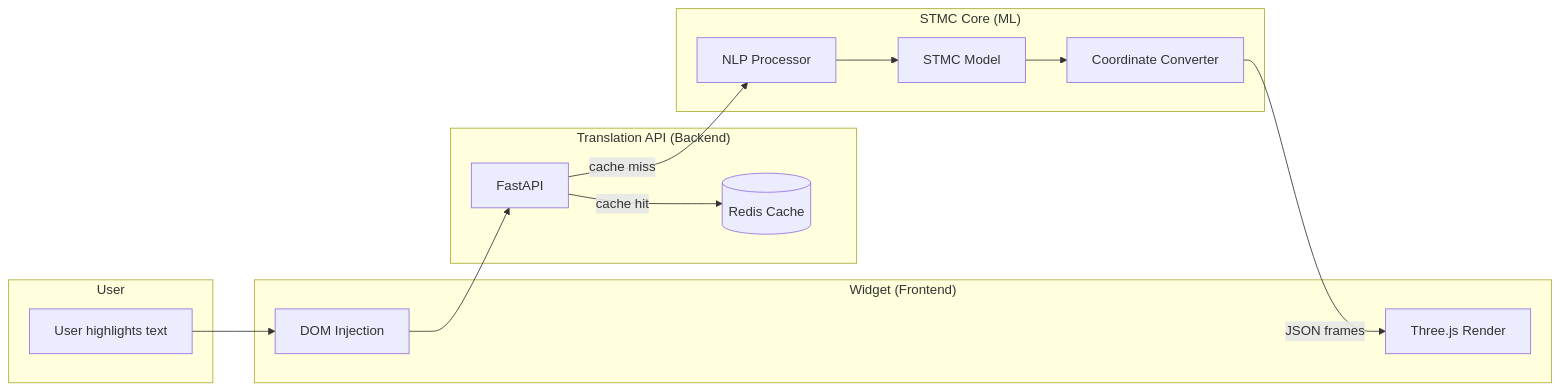
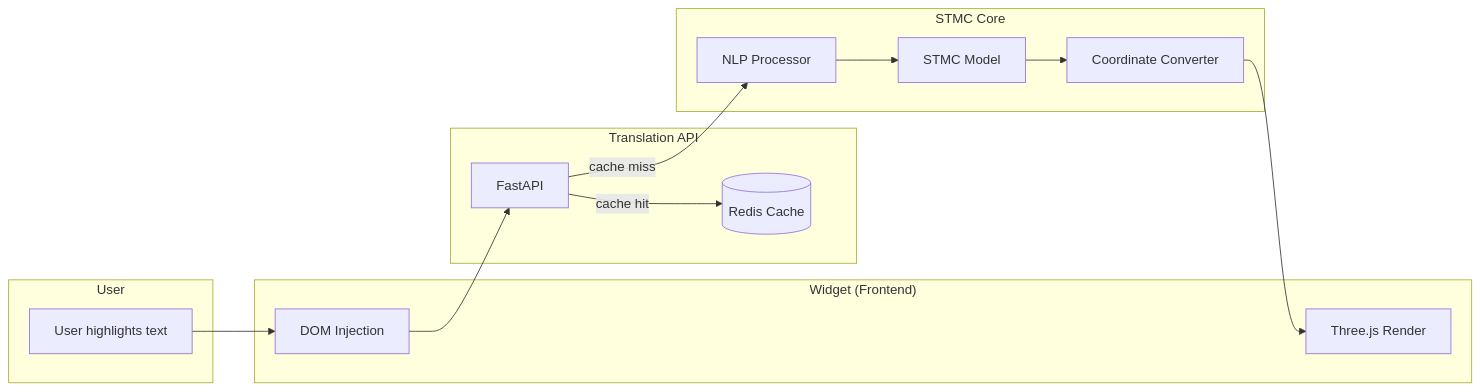
The first of 2 diagrams in README.md (arananet/SignFlow), drawn with Mermaid before and after one commit. The commit also changed other lines of this file, not shown here.

Commit message:
Fix mermaid diagrams - proper closing backticks

````diff
--- a/README.md
+++ b/README.md
@@ -55,29 +55,29 @@
 ```mermaid
 flowchart LR
     subgraph User
         Text[User highlights text]
     end
     
     subgraph Widget["Widget (Frontend)"]
         DOM[DOM Injection]
         Three[Three.js Render]
     end
     
-    subgraph API["Translation API (Backend)"]
+    subgraph API["Translation API"]
         Fast[FastAPI]
         Redis[(Redis Cache)]
     end
     
-    subgraph ML["STMC Core (ML)"]
+    subgraph ML["STMC Core"]
         NLP[NLP Processor]
         STMC[STMC Model]
         Convert[Coordinate Converter]
     end
     
     Text --> DOM --> Fast
     Fast -->|cache hit| Redis
     Fast -->|cache miss| NLP
     NLP --> STMC
     STMC --> Convert
-    Convert -->|JSON frames| Three
+    Convert --> Three
 ```
````
